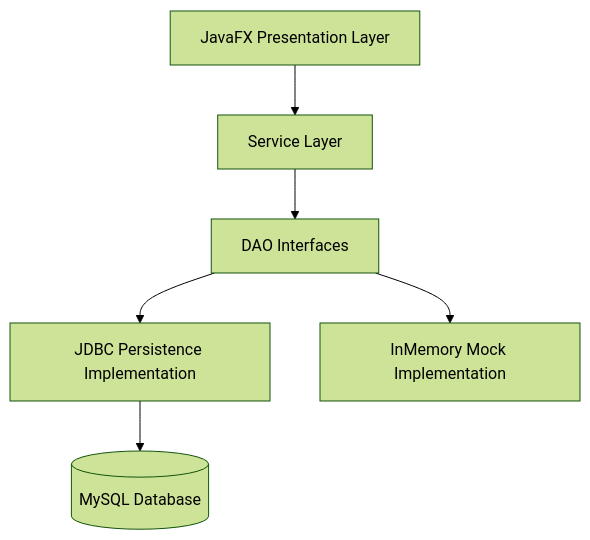
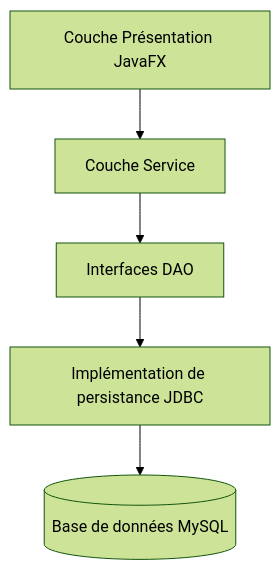
One commit to OceanotimeFR/bdd2-projet-artconnect-i1 changed the diagram in README.md. Above: the diagram before and after it, drawn with Mermaid (forest theme). The commit also changed other lines of this file and 19 other files, not shown here.

First line of the commit message:
Ajout des fonctionnalités CRUD complètes pour les ateliers, galeries et membres de la communauté, intégration des dialogues JavaFX, et persistance des données via JDBC.

````diff
--- a/README.md
+++ b/README.md
@@ -44,8 +44,7 @@
 ```mermaid
 graph TD
-    UI[JavaFX Presentation Layer] --> Service[Service Layer]
-    Service --> DAO[DAO Interfaces]
-    DAO --> JDBC[JDBC Persistence Implementation]
-    DAO --> InMemory[InMemory Mock Implementation]
-    JDBC --> DB[(MySQL Database)]
+    UI[Couche Présentation JavaFX] --> Service[Couche Service]
+    Service --> DAO[Interfaces DAO]
+    DAO --> JDBC[Implémentation de persistance JDBC]
+    JDBC --> DB[(Base de données MySQL)]
 ```
````
